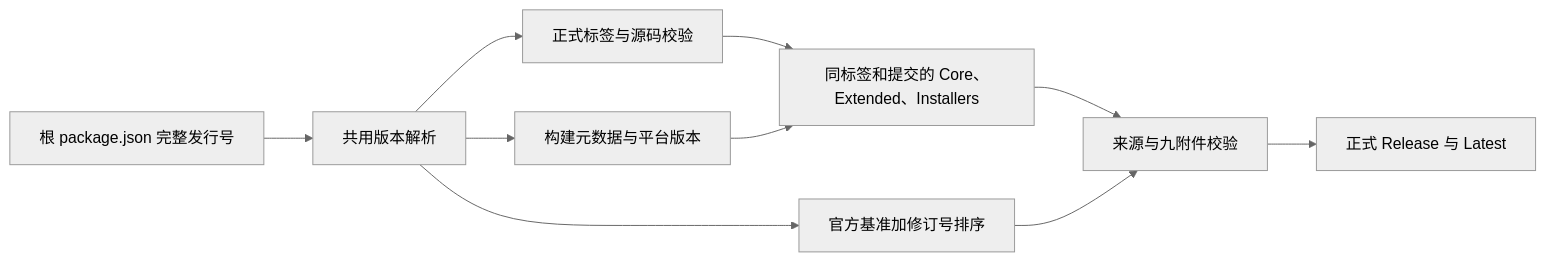
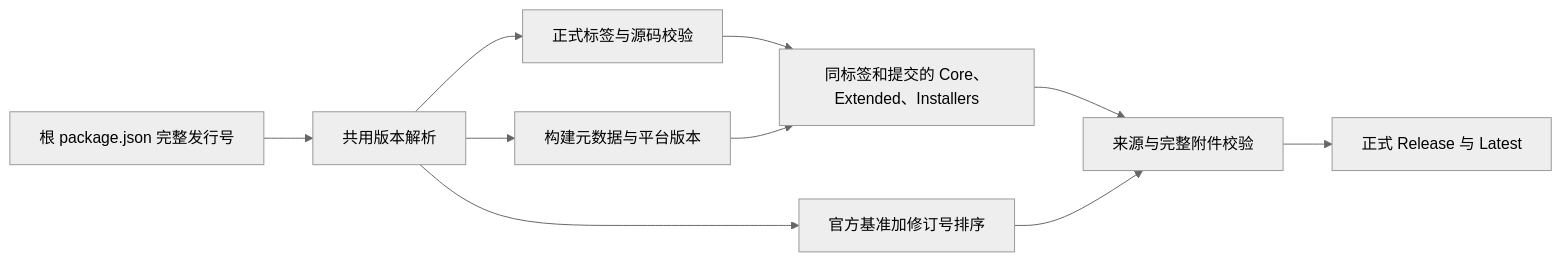
One commit to BlueSkyXN/OpenZWork changed the diagram in docs/openzwork/release/openzwork-release-version.md. Above: the diagram before and after it, drawn with Mermaid (neutral theme). The commit also changed 18 other files, not shown here.

````diff
--- a/docs/openzwork/release/openzwork-release-version.md
+++ b/docs/openzwork/release/openzwork-release-version.md
@@ -31,12 +31,12 @@
 ```mermaid
 flowchart LR
     P[根 package.json 完整发行号] --> V[共用版本解析]
     V --> B[构建元数据与平台版本]
     V --> T[正式标签与源码校验]
     V --> L[官方基准加修订号排序]
     T --> G[同标签和提交的 Core、Extended、Installers]
     B --> G
-    G --> R[来源与九附件校验]
+    G --> R[来源与完整附件校验]
     L --> R
     R --> U[正式 Release 与 Latest]
 ```
````
